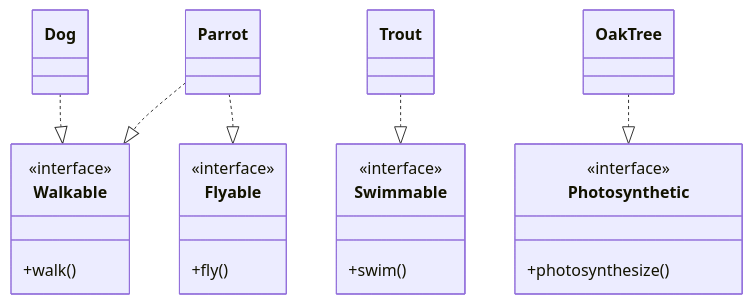
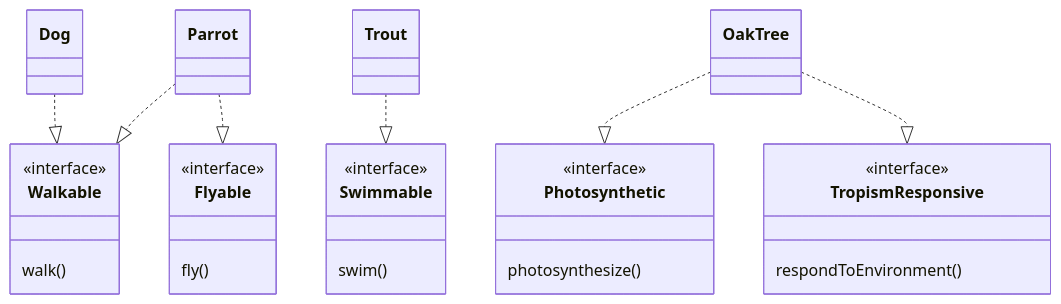
One commit to ULL-ESIT-PAI-2025-2026/2025-2026-pai-solid-uml-25-26-trabajo-pai-solid changed the diagram in src/UML-SOLID/mermaid-codes/Behaviour-interfaces.mmd. Above: the diagram before and after it, drawn with Mermaid. The commit also changed 7 other files, not shown here.

Commit message:
Mejoras en UML, y añadido el conjunto completo de dependencias y relaciones

```diff
--- a/src/UML-SOLID/mermaid-codes/Behaviour-interfaces.mmd
+++ b/src/UML-SOLID/mermaid-codes/Behaviour-interfaces.mmd
@@ -1,32 +1,39 @@
 classDiagram
 
 class Walkable {
-  <<interface>>
-  +walk()
+ <<interface>>
+ walk()
 }
 
 class Flyable {
-  <<interface>>
-  +fly()
+ <<interface>>
+ fly()
 }
 
 class Swimmable {
-  <<interface>>
-  +swim()
+ <<interface>>
+ swim()
 }
 
 class Photosynthetic {
-  <<interface>>
-  +photosynthesize()
+ <<interface>>
+ photosynthesize()
+}
+
+class TropismResponsive {
+ <<interface>>
+ respondToEnvironment()
 }
 
 class Dog
 class Parrot
 class Trout
 class OakTree
 
 Dog ..|> Walkable
 Parrot ..|> Walkable
 Parrot ..|> Flyable
 Trout ..|> Swimmable
+
 OakTree ..|> Photosynthetic
+OakTree ..|> TropismResponsive
```
